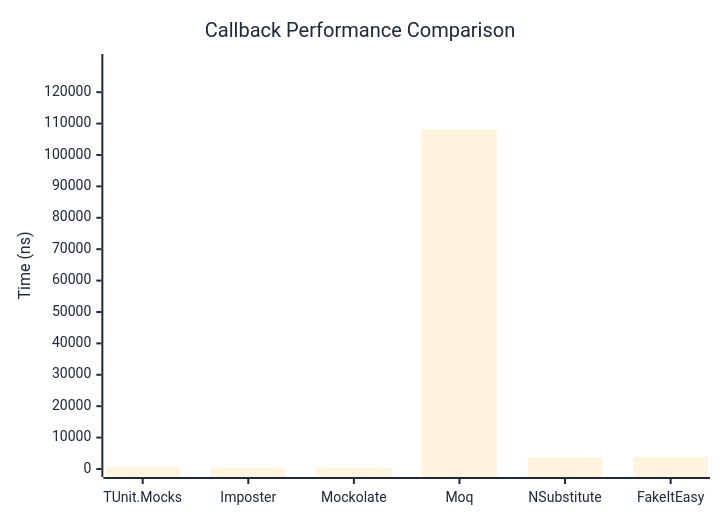
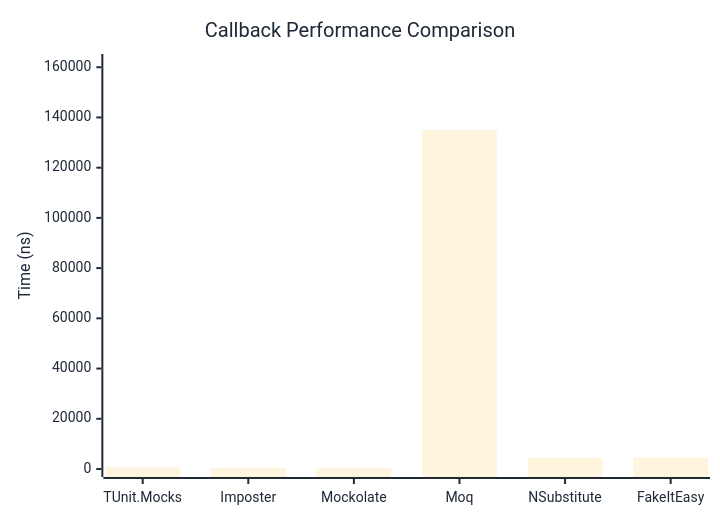
The first of 2 diagrams in docs/docs/benchmarks/mocks/Callback.md (thomhurst/TUnit), drawn with Mermaid before and after one commit. The commit also changed other lines of this file and 14 other files, not shown here.

````diff
--- a/docs/docs/benchmarks/mocks/Callback.md
+++ b/docs/docs/benchmarks/mocks/Callback.md
@@ -30,27 +30,27 @@
 ```mermaid
 %%{init: {
   'theme':'base',
   'themeVariables': {
     'primaryColor': '#2563eb',
     'primaryTextColor': '#1f2937',
     'primaryBorderColor': '#1e40af',
     'lineColor': '#6b7280',
     'secondaryColor': '#7c3aed',
     'tertiaryColor': '#dc2626',
     'background': '#ffffff',
     'pie1': '#2563eb',
     'pie2': '#7c3aed',
     'pie3': '#dc2626',
     'pie4': '#f59e0b',
     'pie5': '#10b981',
     'pie6': '#06b6d4',
     'pie7': '#ec4899',
     'pie8': '#6366f1'
   }
 }}%%
 xychart-beta
   title "Callback Performance Comparison"
   x-axis ["TUnit.Mocks", "Imposter", "Mockolate", "Moq", "NSubstitute", "FakeItEasy"]
-  y-axis "Time (ns)" 0 --> 129610
-  bar [524.5, 377.2, 274.2, 108008.1, 3564.6, 3801.3]
+  y-axis "Time (ns)" 0 --> 162083
+  bar [647.8, 453.4, 344.3, 135068.8, 4503.9, 4543.5]
 ```
````
